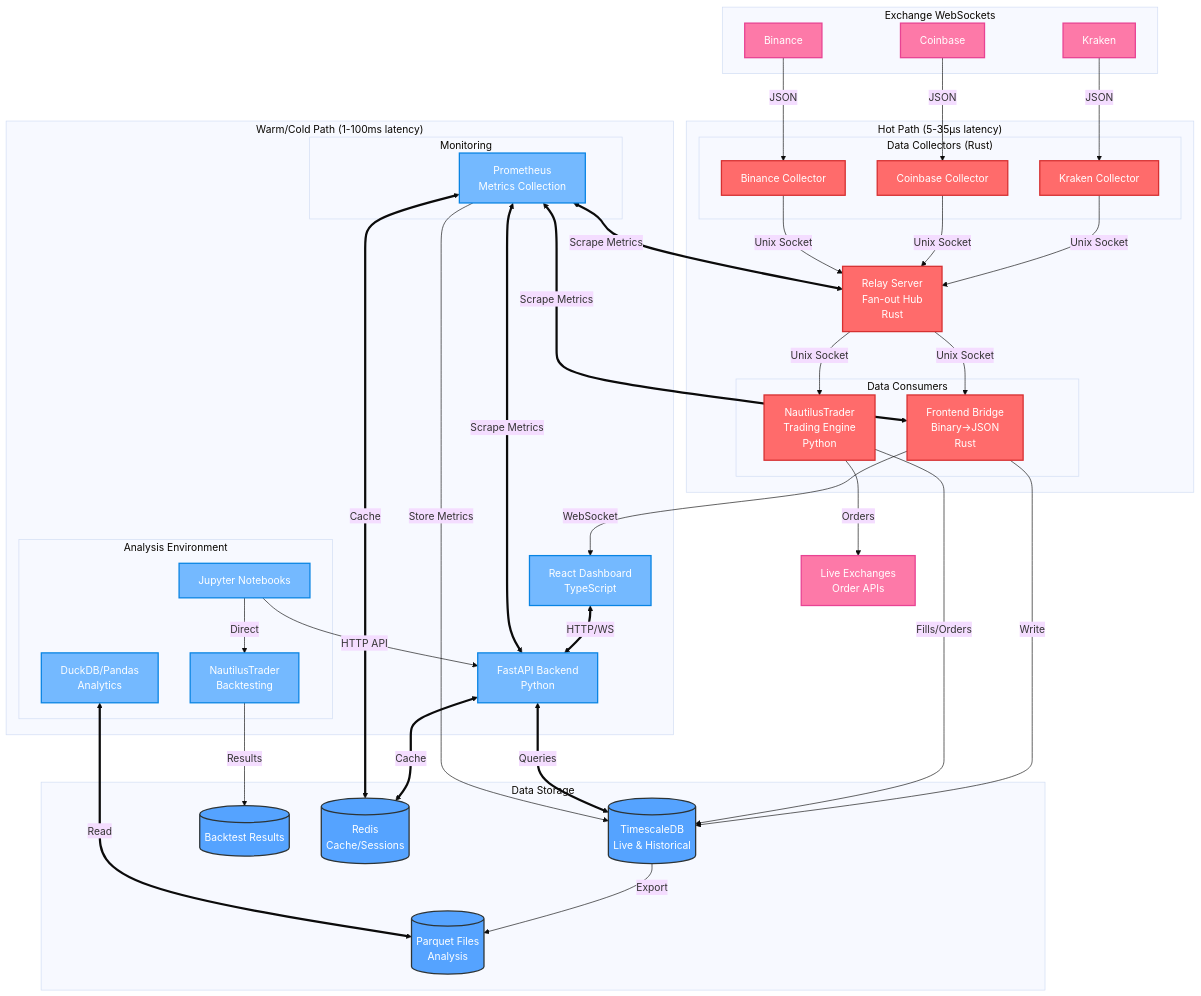
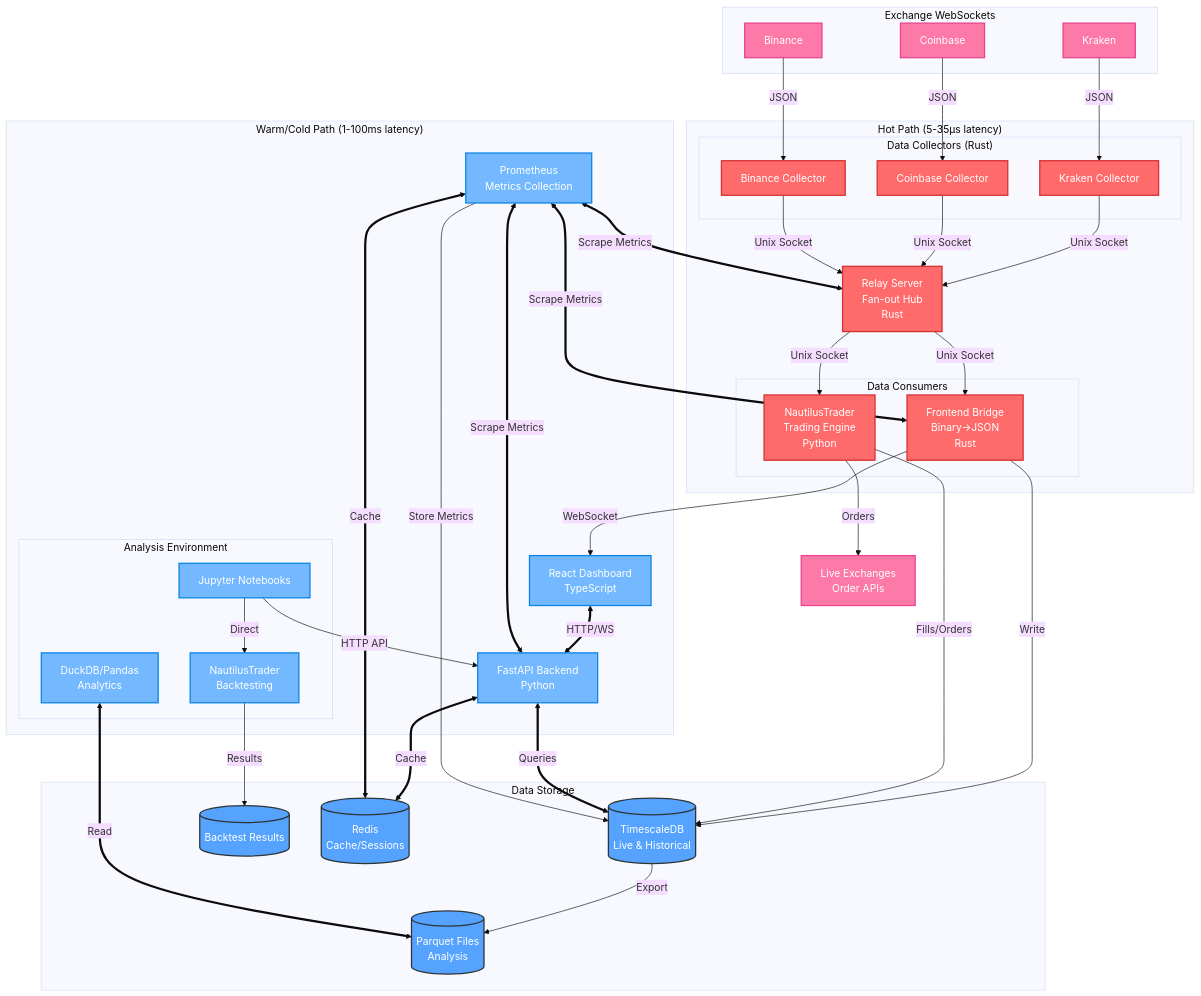
Before and after one commit to dawsh2/AlphaPulse: the diagram in README2.md, drawn with Mermaid (base theme). The commit also changed other lines of this file, not shown here.

Commit message:
Tokio + Unix Sockets

```diff
--- a/README2.md
+++ b/README2.md
@@ -37,15 +37,12 @@
     subgraph "Warm/Cold Path (1-100ms latency)"
         ReactDashboard[React Dashboard<br/>TypeScript]
         FastAPI[FastAPI Backend<br/>Python]
+        Prometheus[Prometheus<br/>Metrics Collection]
         
         subgraph "Analysis Environment"
             Jupyter[Jupyter Notebooks]
             NautilusBacktest[NautilusTrader<br/>Backtesting]
             DuckDB[DuckDB/Pandas<br/>Analytics]
-        end
-        
-        subgraph "Monitoring"
-            Prometheus[Prometheus<br/>Metrics Collection]
         end
     end
     
```
